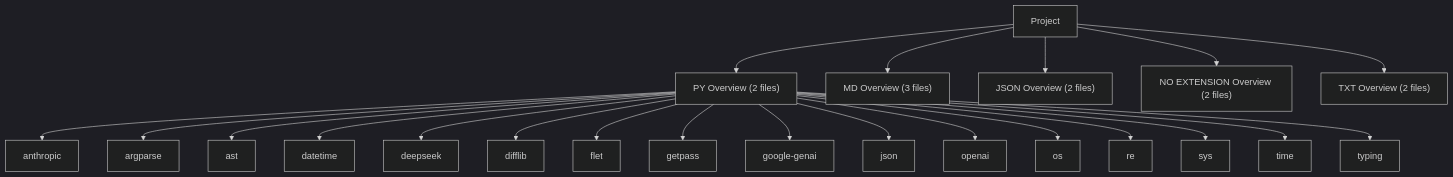
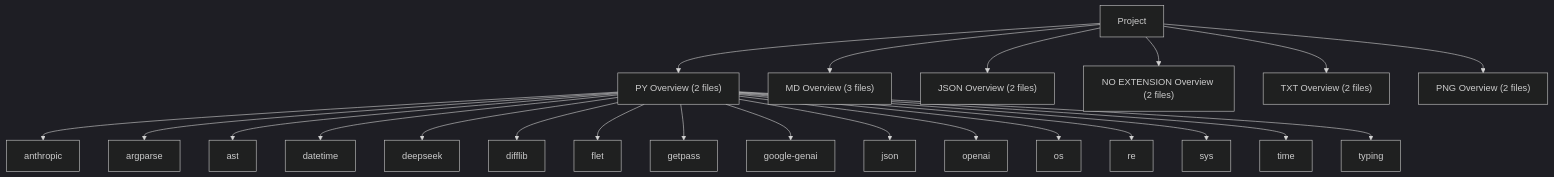
One commit to lystwork/ndaversis changed the second of 3 diagrams in readme.md. Above: the diagram before and after it, drawn with Mermaid (dark theme). The commit also changed other lines of this file and 4 other files, not shown here.

````diff
--- a/readme.md
+++ b/readme.md
@@ -279,24 +280,25 @@
 ```mermaid
 graph TD
     Project --> lang_PY["PY Overview (2 files)"]
     lang_PY --> dep_anthropic["anthropic"]
     lang_PY --> dep_argparse["argparse"]
     lang_PY --> dep_ast["ast"]
     lang_PY --> dep_datetime["datetime"]
     lang_PY --> dep_deepseek["deepseek"]
     lang_PY --> dep_difflib["difflib"]
     lang_PY --> dep_flet["flet"]
     lang_PY --> dep_getpass["getpass"]
     lang_PY --> dep_google_genai["google-genai"]
     lang_PY --> dep_json["json"]
     lang_PY --> dep_openai["openai"]
     lang_PY --> dep_os["os"]
     lang_PY --> dep_re["re"]
     lang_PY --> dep_sys["sys"]
     lang_PY --> dep_time["time"]
     lang_PY --> dep_typing["typing"]
     Project --> lang_MD["MD Overview (3 files)"]
     Project --> lang_JSON["JSON Overview (2 files)"]
     Project --> lang_NO_EXTENSION["NO EXTENSION Overview (2 files)"]
     Project --> lang_TXT["TXT Overview (2 files)"]
+    Project --> lang_PNG["PNG Overview (2 files)"]
 ```
````
